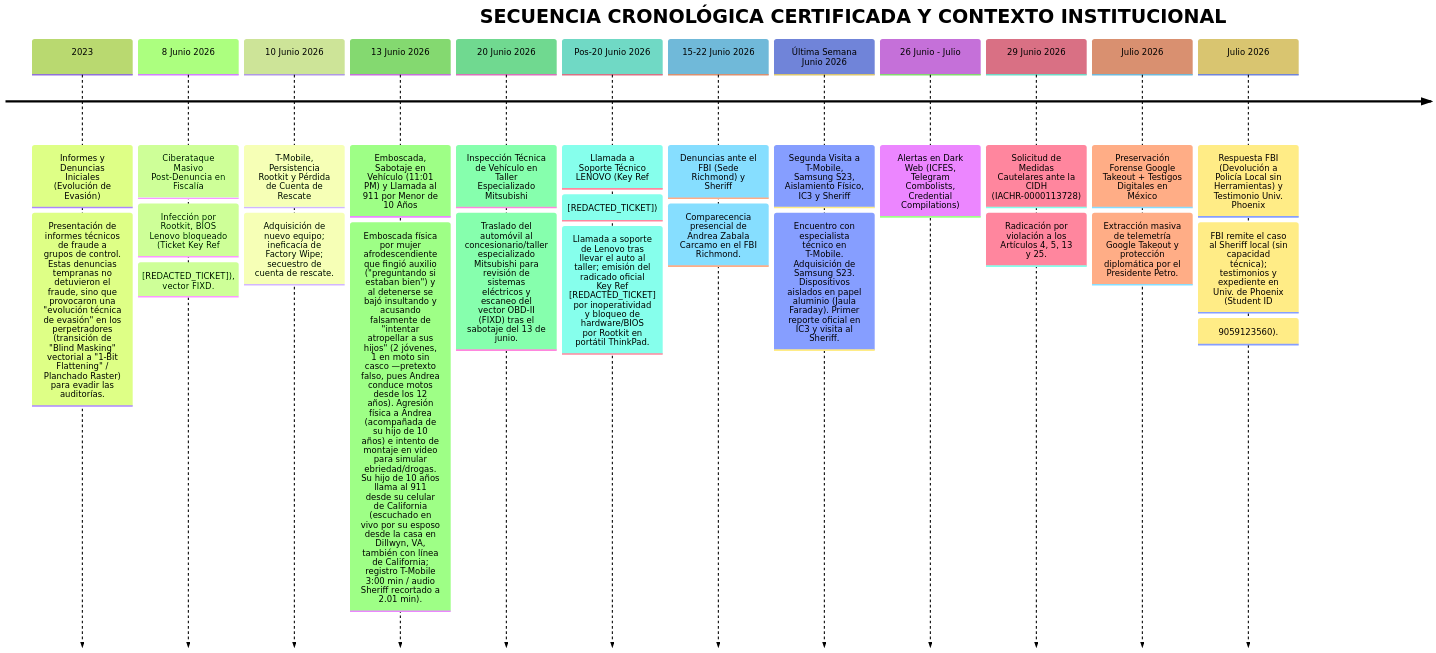
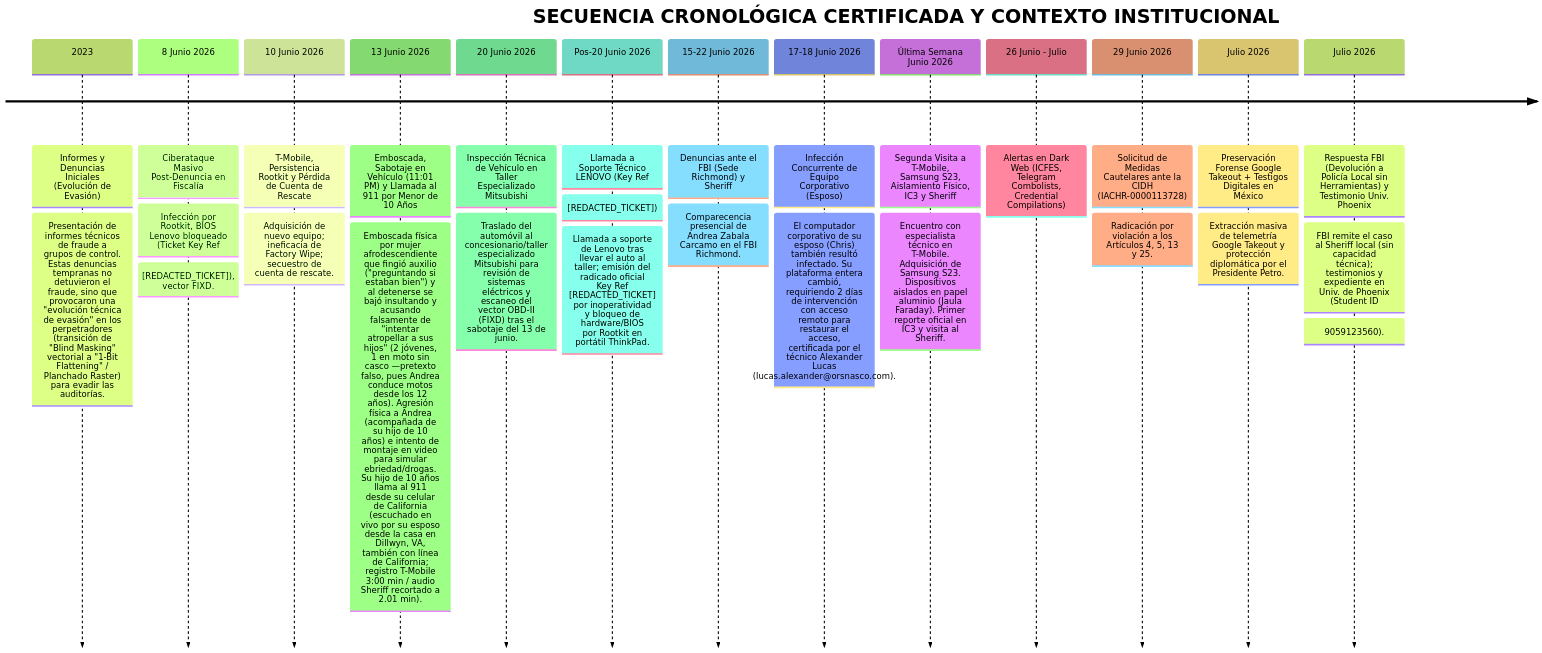
One commit to anzaca0330-pixel/AndreTaker---AnZaCa-Rep changed the diagram in ES_ESPANOL/Capitulo_03_Peritajes_Forenses/LINEA_DE_TIEMPO_INCIDENTES_Y_ATAQUES.md. Above: the diagram before and after it, drawn with Mermaid (forest theme). The commit also changed other lines of this file and 3 other files, not shown here.

````diff
--- a/ES_ESPANOL/Capitulo_03_Peritajes_Forenses/LINEA_DE_TIEMPO_INCIDENTES_Y_ATAQUES.md
+++ b/ES_ESPANOL/Capitulo_03_Peritajes_Forenses/LINEA_DE_TIEMPO_INCIDENTES_Y_ATAQUES.md
@@ -14,27 +14,29 @@
 ```mermaid
 timeline
     title SECUENCIA CRONOLÓGICA CERTIFICADA Y CONTEXTO INSTITUCIONAL
     2023           : Informes y Denuncias Iniciales (Evolución de Evasión)
                    : Presentación de informes técnicos de fraude a grupos de control. Estas denuncias tempranas no detuvieron el fraude, sino que provocaron una "evolución técnica de evasión" en los perpetradores (transición de "Blind Masking" vectorial a "1-Bit Flattening" / Planchado Raster) para evadir las auditorías.
     8 Junio 2026   : Ciberataque Masivo Post-Denuncia en Fiscalía
                    : Infección por Rootkit, BIOS Lenovo bloqueado (Ticket Key Ref: [REDACTED_TICKET]), vector FIXD.
     10 Junio 2026  : T-Mobile, Persistencia Rootkit y Pérdida de Cuenta de Rescate
                    : Adquisición de nuevo equipo; ineficacia de Factory Wipe; secuestro de cuenta de rescate.
     13 Junio 2026  : Emboscada, Sabotaje en Vehículo (11:01 PM) y Llamada al 911 por Menor de 10 Años
                    : Emboscada física por mujer afrodescendiente que fingió auxilio ("preguntando si estaban bien") y al detenerse se bajó insultando y acusando falsamente de "intentar atropellar a sus hijos" (2 jóvenes, 1 en moto sin casco —pretexto falso, pues Andrea conduce motos desde los 12 años). Agresión física a Andrea (acompañada de su hijo de 10 años) e intento de montaje en video para simular ebriedad/drogas. Su hijo de 10 años llama al 911 desde su celular de California (escuchado en vivo por su esposo desde la casa en Dillwyn, VA, también con línea de California; registro T-Mobile 3:00 min / audio Sheriff recortado a 2.01 min).
     20 Junio 2026  : Inspección Técnica de Vehículo en Taller Especializado Mitsubishi
                    : Traslado del automóvil al concesionario/taller especializado Mitsubishi para revisión de sistemas eléctricos y escaneo del vector OBD-II (FIXD) tras el sabotaje del 13 de junio.
     Pos-20 Junio 2026: Llamada a Soporte Técnico LENOVO (Key Ref: [REDACTED_TICKET])
                    : Llamada a soporte de Lenovo tras llevar el auto al taller; emisión del radicado oficial Key Ref [REDACTED_TICKET] por inoperatividad y bloqueo de hardware/BIOS por Rootkit en portátil ThinkPad.
     15-22 Junio 2026: Denuncias ante el FBI (Sede Richmond) y Sheriff
                    : Comparecencia presencial de Andrea Zabala Carcamo en el FBI Richmond.
+    17-18 Junio 2026: Infección Concurrente de Equipo Corporativo (Esposo)
+                   : El computador corporativo de su esposo (Chris) también resultó infectado. Su plataforma entera cambió, requiriendo 2 días de intervención con acceso remoto para restaurar el acceso, certificada por el técnico Alexander Lucas (lucas.alexander@orsnasco.com).
     Última Semana Junio 2026: Segunda Visita a T-Mobile, Samsung S23, Aislamiento Físico, IC3 y Sheriff
                    : Encuentro con especialista técnico en T-Mobile. Adquisición de Samsung S23. Dispositivos aislados en papel aluminio (Jaula Faraday). Primer reporte oficial en IC3 y visita al Sheriff.
     26 Junio - Julio: Alertas en Dark Web (ICFES, Telegram Combolists, Credential Compilations)
     29 Junio 2026  : Solicitud de Medidas Cautelares ante la CIDH (IACHR-0000113728)
                    : Radicación por violación a los Artículos 4, 5, 13 y 25.
     Julio 2026     : Preservación Forense Google Takeout + Testigos Digitales en México
                    : Extracción masiva de telemetría Google Takeout y protección diplomática por el Presidente Petro.
     Julio 2026     : Respuesta FBI (Devolución a Policía Local sin Herramientas) y Testimonio Univ. Phoenix
                    : FBI remite el caso al Sheriff local (sin capacidad técnica); testimonios y expediente en Univ. de Phoenix (Student ID: 9059123560).
 ```
````
